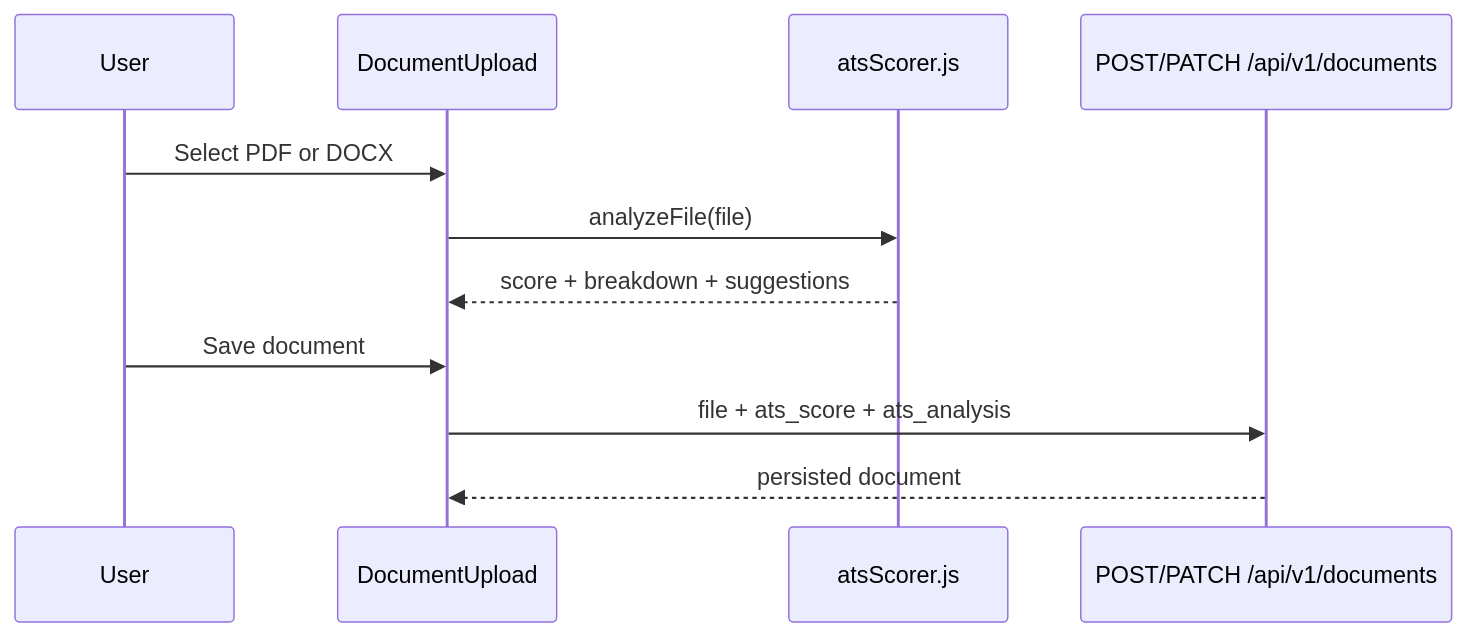
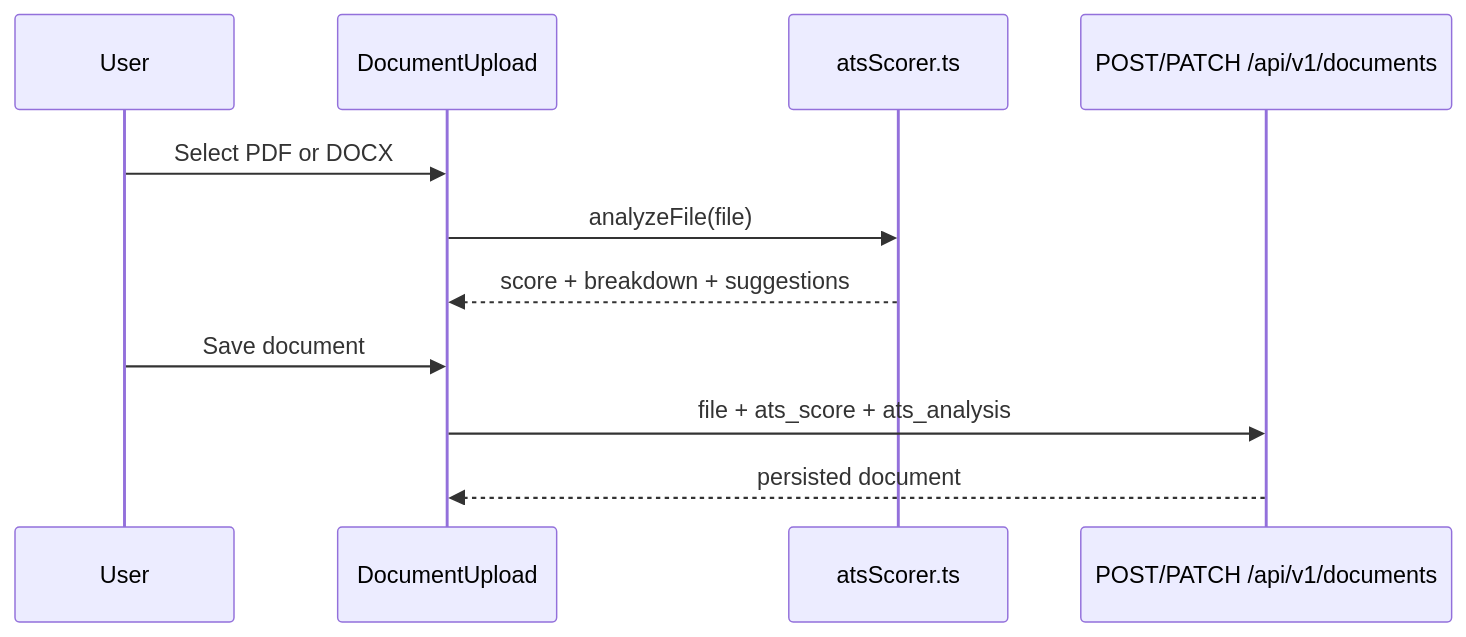
Before and after one commit to Venkat-Kolasani/FutureStack: the diagram in docs/documents-and-ats.md, drawn with Mermaid. The commit also changed other lines of this file and 8 other files, not shown here.

````diff
--- a/docs/documents-and-ats.md
+++ b/docs/documents-and-ats.md
@@ -83,14 +83,14 @@
 ```mermaid
 sequenceDiagram
     participant U as User
     participant UI as DocumentUpload
-    participant ATS as atsScorer.js
+    participant ATS as atsScorer.ts
     participant API as POST/PATCH /api/v1/documents
 
     U->>UI: Select PDF or DOCX
     UI->>ATS: analyzeFile(file)
     ATS-->>UI: score + breakdown + suggestions
     U->>UI: Save document
     UI->>API: file + ats_score + ats_analysis
     API-->>UI: persisted document
 ```
````
